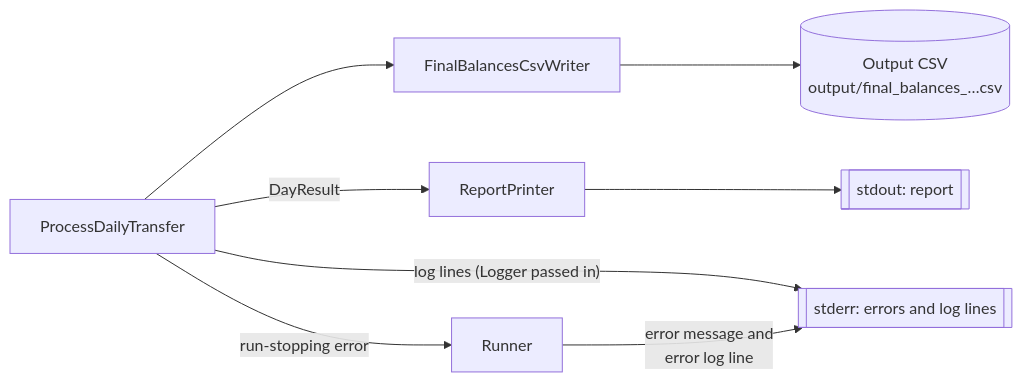
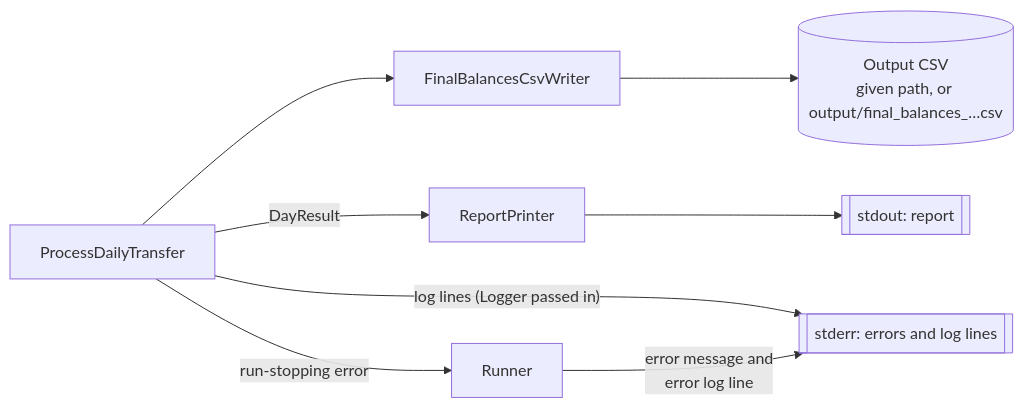
One commit to hetal-patel78/mable-backend-code-challenge changed the fifth of 5 diagrams in docs/solution-design/05-high-level-design.md. Above: the diagram before and after it, drawn with Mermaid. The commit also changed other lines of this file, not shown here.

````diff
--- a/docs/solution-design/05-high-level-design.md
+++ b/docs/solution-design/05-high-level-design.md
@@ -144,16 +145,16 @@
 ```mermaid
 flowchart LR
     PDT["ProcessDailyTransfer"]
     W["FinalBalancesCsvWriter"]
-    Out[("Output CSV<br/>output/final_balances_…csv")]
+    Out[("Output CSV<br/>given path, or output/final_balances_…csv")]
     RP["ReportPrinter"]
     StdOut[["stdout: report"]]
     Run["Runner"]
     StdErr[["stderr: errors and log lines"]]
 
     PDT --> W --> Out
     PDT -- "DayResult" --> RP --> StdOut
     PDT -- "log lines (Logger passed in)" --> StdErr
     PDT -- "run-stopping error" --> Run
     Run -- "error message and<br/>error log line" --> StdErr
 ```
````
